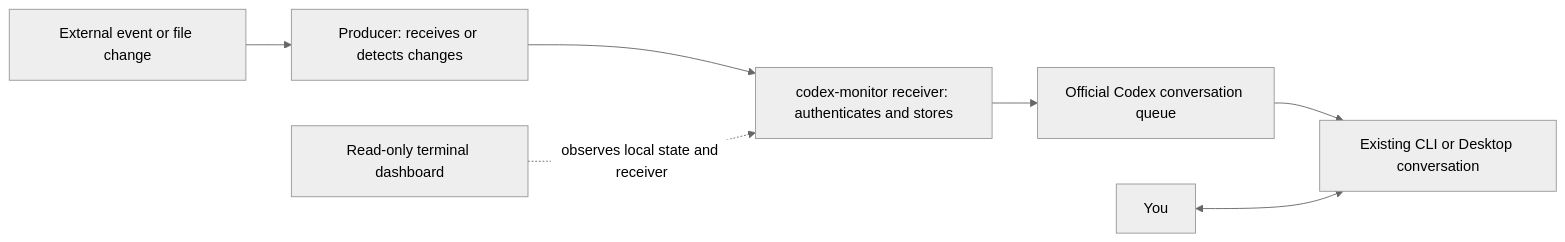
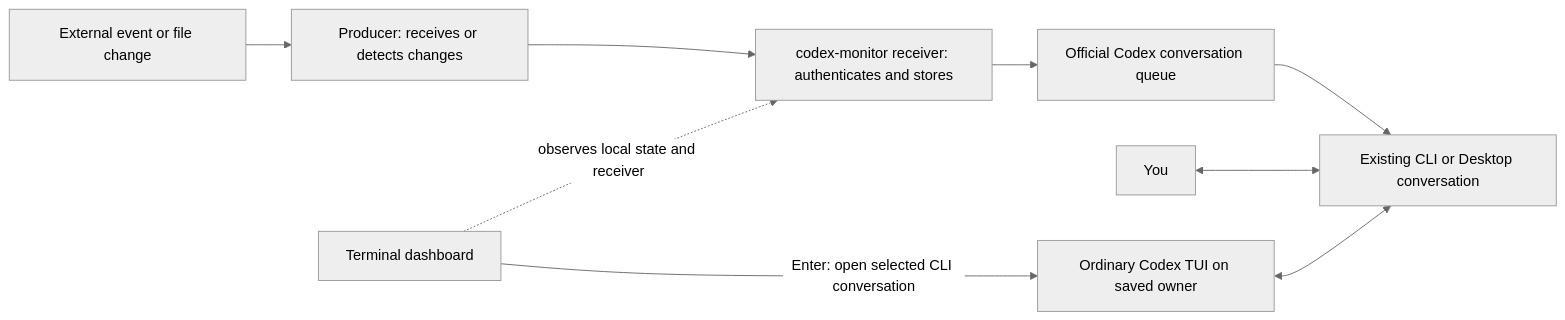
The diagram in README.md (Jaemani/codex-monitor), drawn with Mermaid (neutral theme) before and after one commit. The commit also changed other lines of this file and 8 other files, not shown here.

Commit message:
Open selected monitored conversations in the Codex TUI

````diff
--- a/README.md
+++ b/README.md
@@ -21,9 +21,11 @@
 ```mermaid
 flowchart LR
     E[External event or file change] --> P[Producer: receives or detects changes]
     P --> R[codex-monitor receiver: authenticates and stores]
     R --> Q[Official Codex conversation queue]
     Q --> C[Existing CLI or Desktop conversation]
     U[You] <--> C
-    D[Read-only terminal dashboard] -. observes local state and receiver .-> R
+    D[Terminal dashboard] -. observes local state and receiver .-> R
+    D -->|Enter: open selected CLI conversation| T[Ordinary Codex TUI on saved owner]
+    T <--> C
 ```
````
